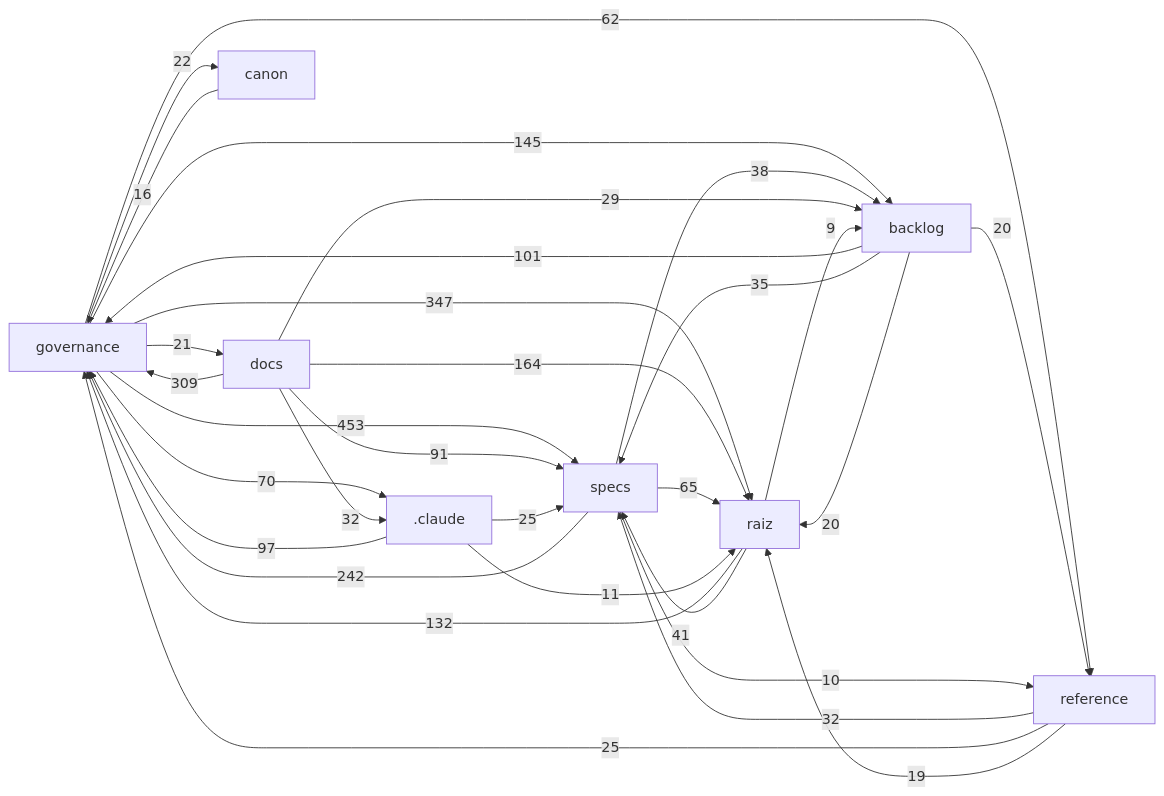
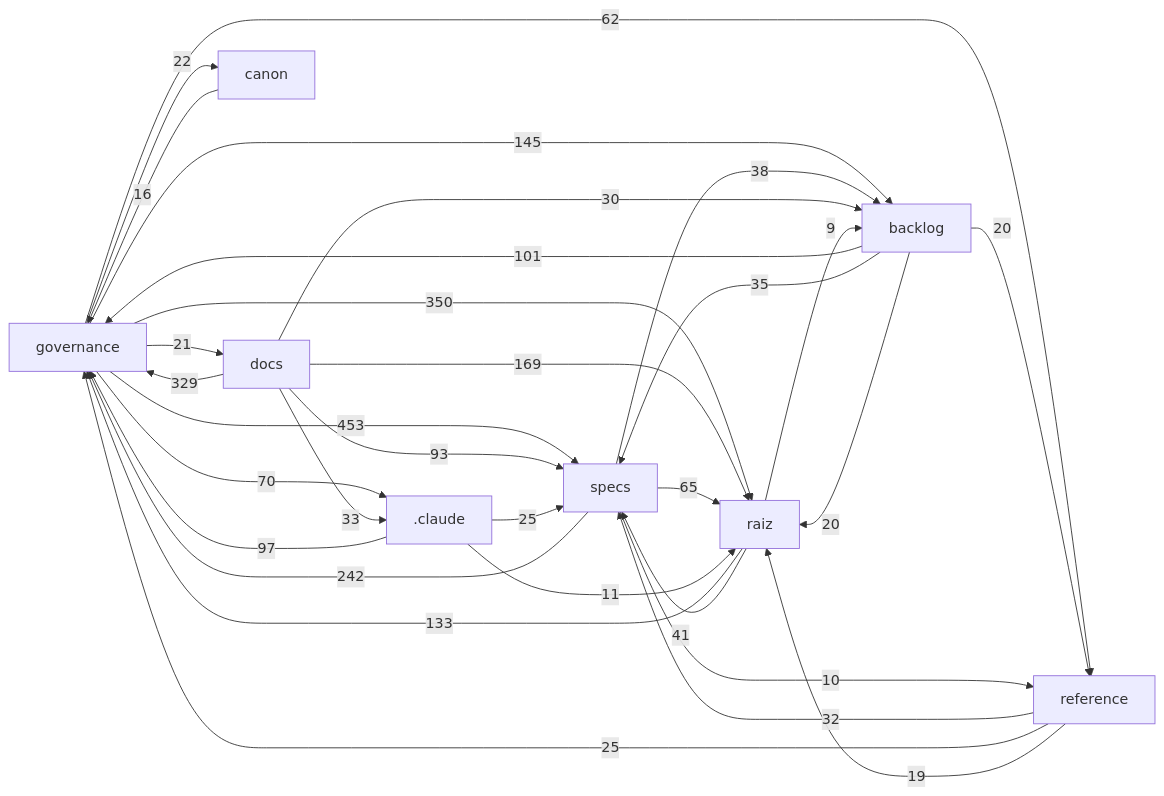
The diagram in docs/mapa/MAPA-PROJETO.md (Andraus35/Sistema-Operacional-de-Trading--SOT), drawn with Mermaid before and after one commit. The commit also changed other lines of this file and 7 other files, not shown here.

````diff
--- a/docs/mapa/MAPA-PROJETO.md
+++ b/docs/mapa/MAPA-PROJETO.md
@@ -29,33 +29,33 @@
 ```mermaid
 flowchart LR
   governance["governance"] -->|453| specs["specs"]
-  governance["governance"] -->|347| raiz["raiz"]
-  docs["docs"] -->|309| governance["governance"]
+  governance["governance"] -->|350| raiz["raiz"]
+  docs["docs"] -->|329| governance["governance"]
   specs["specs"] -->|242| governance["governance"]
-  docs["docs"] -->|164| raiz["raiz"]
+  docs["docs"] -->|169| raiz["raiz"]
   governance["governance"] -->|145| backlog["backlog"]
-  raiz["raiz"] -->|132| governance["governance"]
+  raiz["raiz"] -->|133| governance["governance"]
   backlog["backlog"] -->|101| governance["governance"]
   _claude[".claude"] -->|97| governance["governance"]
-  docs["docs"] -->|91| specs["specs"]
+  docs["docs"] -->|93| specs["specs"]
   governance["governance"] -->|70| _claude[".claude"]
   specs["specs"] -->|65| raiz["raiz"]
   governance["governance"] -->|62| reference["reference"]
   raiz["raiz"] -->|41| specs["specs"]
   specs["specs"] -->|38| backlog["backlog"]
   backlog["backlog"] -->|35| specs["specs"]
-  docs["docs"] -->|32| _claude[".claude"]
+  docs["docs"] -->|33| _claude[".claude"]
   reference["reference"] -->|32| specs["specs"]
-  docs["docs"] -->|29| backlog["backlog"]
+  docs["docs"] -->|30| backlog["backlog"]
   _claude[".claude"] -->|25| specs["specs"]
   reference["reference"] -->|25| governance["governance"]
   governance["governance"] -->|22| canon["canon"]
   governance["governance"] -->|21| docs["docs"]
   backlog["backlog"] -->|20| raiz["raiz"]
   backlog["backlog"] -->|20| reference["reference"]
   reference["reference"] -->|19| raiz["raiz"]
   canon["canon"] -->|16| governance["governance"]
   _claude[".claude"] -->|11| raiz["raiz"]
   specs["specs"] -->|10| reference["reference"]
   raiz["raiz"] -->|9| backlog["backlog"]
 ```
````
